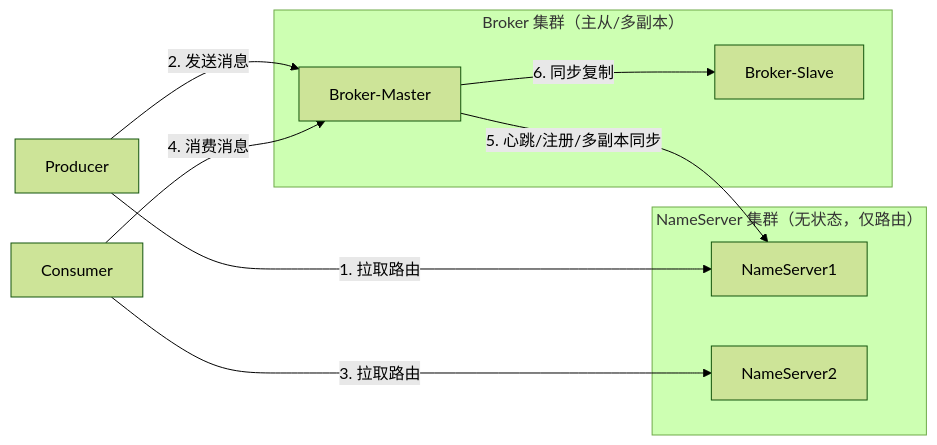
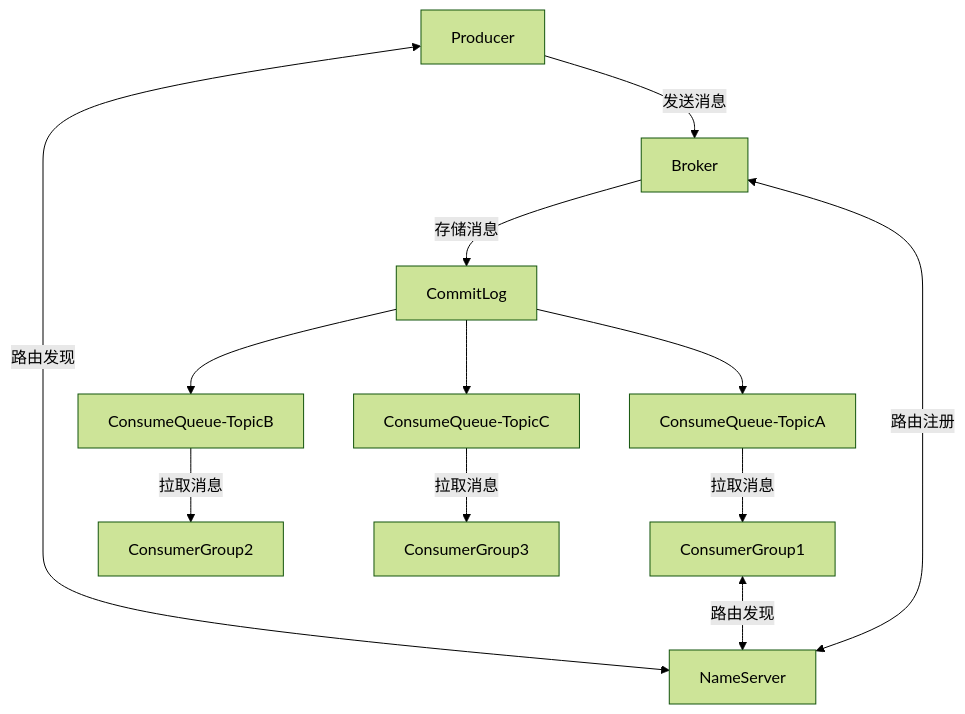
The first of 4 diagrams in 基础知识/中间件/RocketMQ.md (tghrxxxyyy/knowledge-base), drawn with Mermaid (forest theme) before and after one commit. The commit also changed other lines of this file and 9 other files, not shown here.

````diff
--- a/基础知识/中间件/RocketMQ.md
+++ b/基础知识/中间件/RocketMQ.md
@@ -23,17 +20,14 @@
 ```mermaid
-flowchart LR
-    subgraph NS[NameServer 集群（无状态，仅路由）]
-        N1[NameServer1]
-        N2[NameServer2]
-    end
-    subgraph BK[Broker 集群（主从/多副本）]
-        B1[Broker-Master]
-        B2[Broker-Slave]
-    end
-    P[Producer] -->|1. 拉取路由| N1
-    P -->|2. 发送消息| B1
-    C[Consumer] -->|3. 拉取路由| N2
-    C -->|4. 消费消息| B1
-    B1 -->|5. 心跳/注册/多副本同步| N1
-    B1 -->|6. 同步复制| B2
+graph TD
+    P[Producer] -->|发送消息| B[Broker]
+    B -->|存储消息| S[CommitLog]
+    S --> C1[ConsumeQueue-TopicA]
+    S --> C2[ConsumeQueue-TopicB]
+    S --> C3[ConsumeQueue-TopicC]
+    C1 -->|拉取消息| CG1[ConsumerGroup1]
+    C2 -->|拉取消息| CG2[ConsumerGroup2]
+    C3 -->|拉取消息| CG3[ConsumerGroup3]
+    NS[NameServer] <-->|路由注册| B
+    P <-->|路由发现| NS
+    CG1 <-->|路由发现| NS
 ```
````
